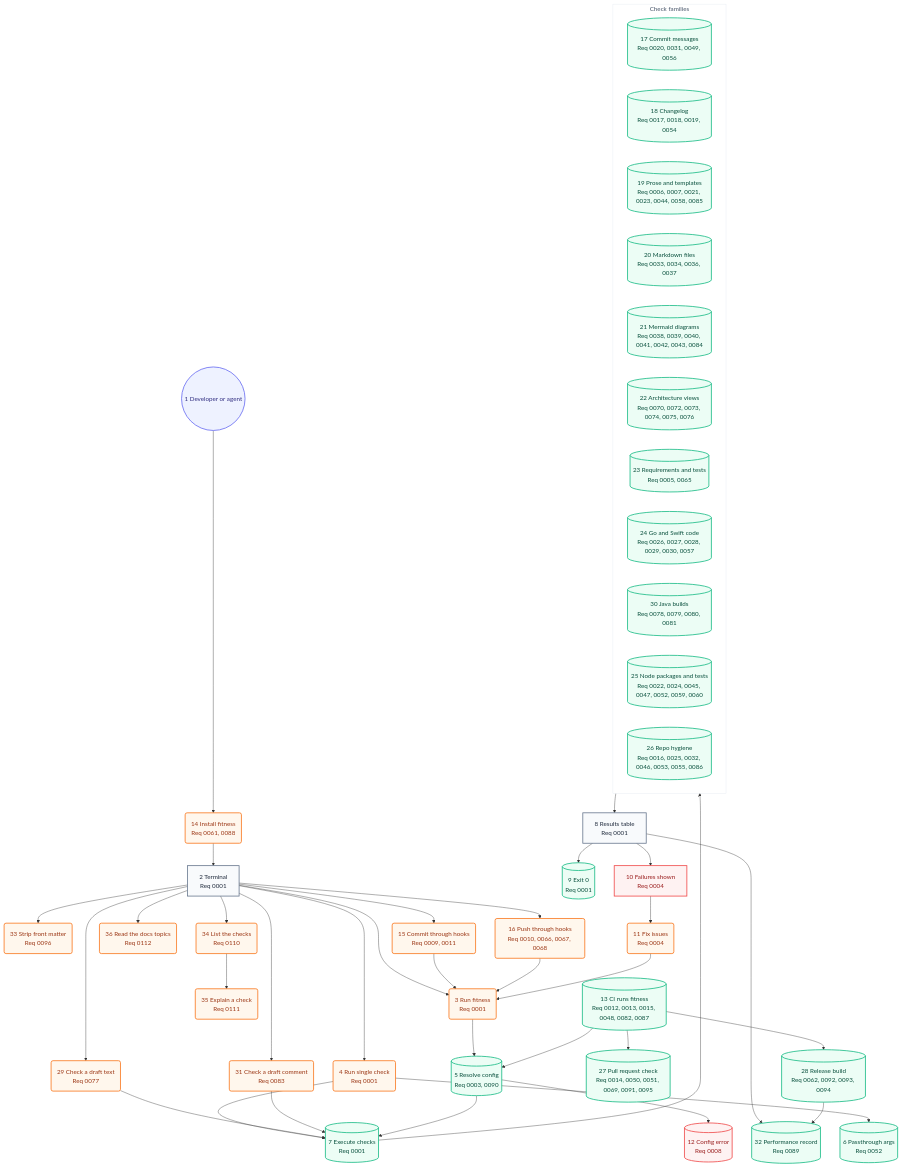
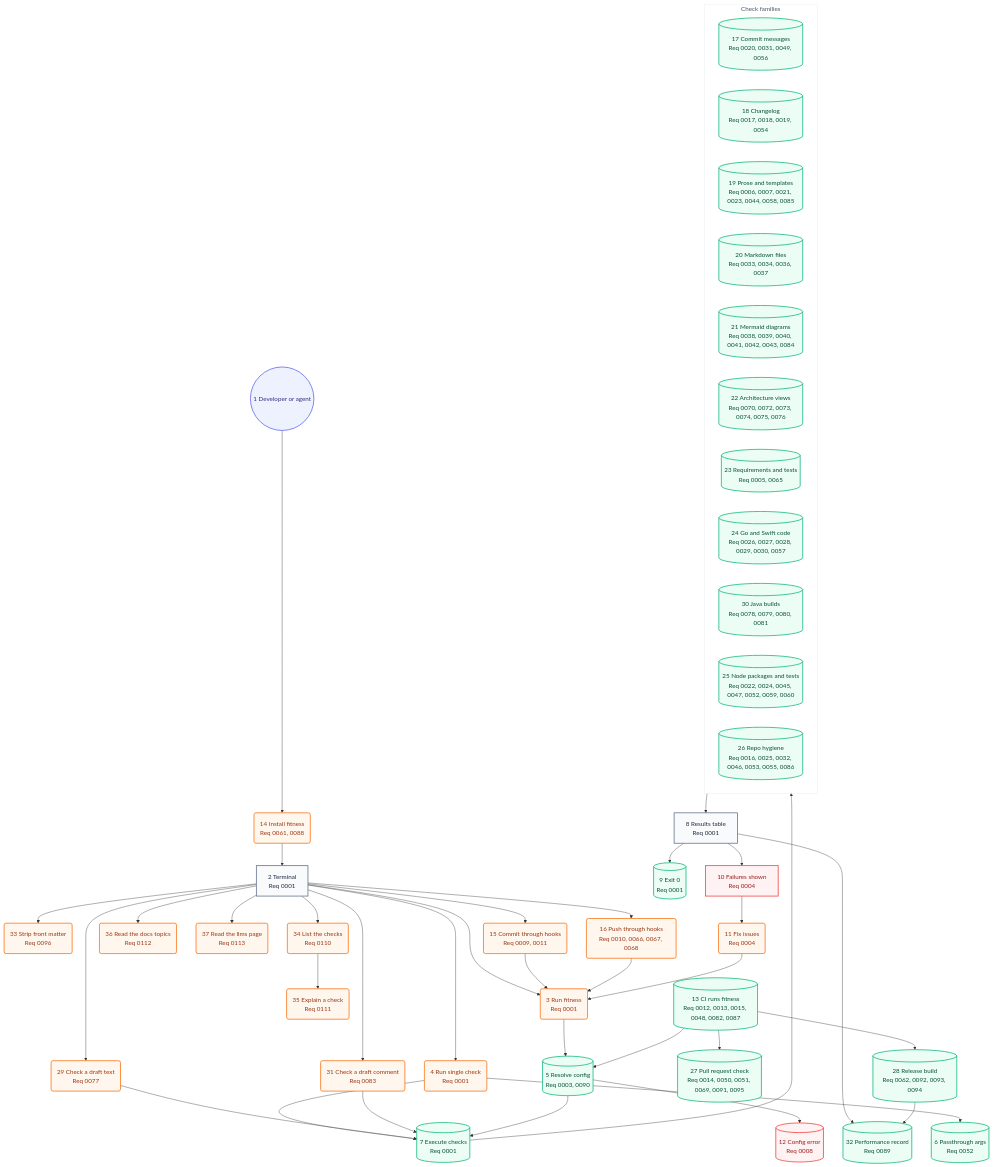
One commit to may-journal/fitness-runner changed the second of 2 diagrams in docs/architecture/05-user-journey.md. Above: the diagram before and after it, drawn with Mermaid. The commit also changed other lines of this file and 20 other files, not shown here.

First line of the commit message:
feat(llms): print one page that teaches an AI the whole CLI

```diff
--- a/docs/architecture/05-user-journey.md
+++ b/docs/architecture/05-user-journey.md
@@ -50,6 +50,7 @@
     listChecks(34 List the checks<br/>Req 0110):::action
     explainCheck(35 Explain a check<br/>Req 0111):::action
     readDocs(36 Read the docs topics<br/>Req 0112):::action
+    readLLMs(37 Read the llms page<br/>Req 0113):::action
     commitHook(15 Commit through hooks<br/>Req 0009, 0011):::action
     pushHook(16 Push through hooks<br/>Req 0010, 0066, 0067, 0068):::action
     resolveConfig[(5 Resolve config<br/>Req 0003, 0090)]:::system
@@ -92,6 +93,7 @@
     terminal --> listChecks
     listChecks --> explainCheck
     terminal --> readDocs
+    terminal --> readLLMs
     commitHook --> runFull
     pushHook --> runFull
     runFull --> resolveConfig
```
